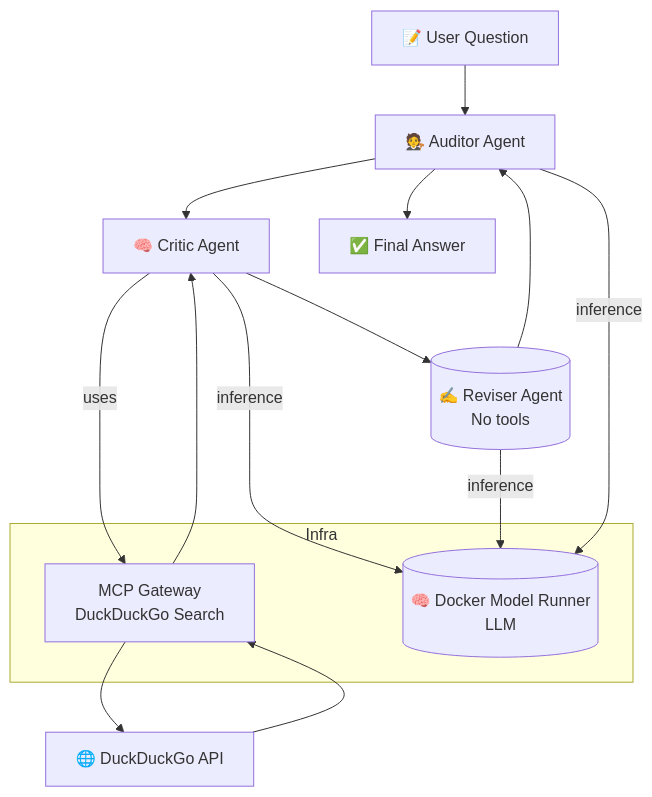
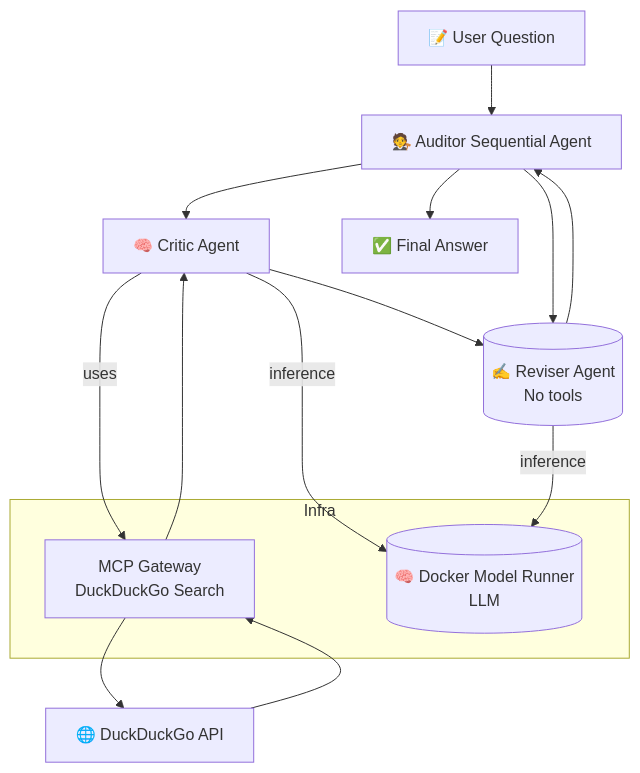
The diagram in adk/README.md (dockersamples/docker-cerebras-demo), drawn with Mermaid before and after one commit. The commit also changed other lines of this file and 7 other files, not shown here.

````diff
--- a/adk/README.md
+++ b/adk/README.md
@@ -68,22 +68,22 @@
 ```mermaid
 
 flowchart TD
-    input[📝 User Question] --> auditor[🧑‍⚖️ Auditor Agent]
+    input[📝 User Question] --> auditor[🧑‍⚖️ Auditor Sequential Agent]
     auditor --> critic[🧠 Critic Agent]
     critic -->|uses| mcp[MCP Gateway<br/>DuckDuckGo Search]
     mcp --> duck[🌐 DuckDuckGo API]
     duck --> mcp --> critic
     critic --> reviser[(✍️ Reviser Agent<br/>No tools)]
+    auditor --> reviser
     reviser --> auditor
     auditor --> result[✅ Final Answer]
 
     critic -->|inference| model[(🧠 Docker Model Runner<br/>LLM)]
     reviser -->|inference| model
-    auditor -->|inference| model
 
     subgraph Infra
       mcp
       model
     end
 
 ```
````
